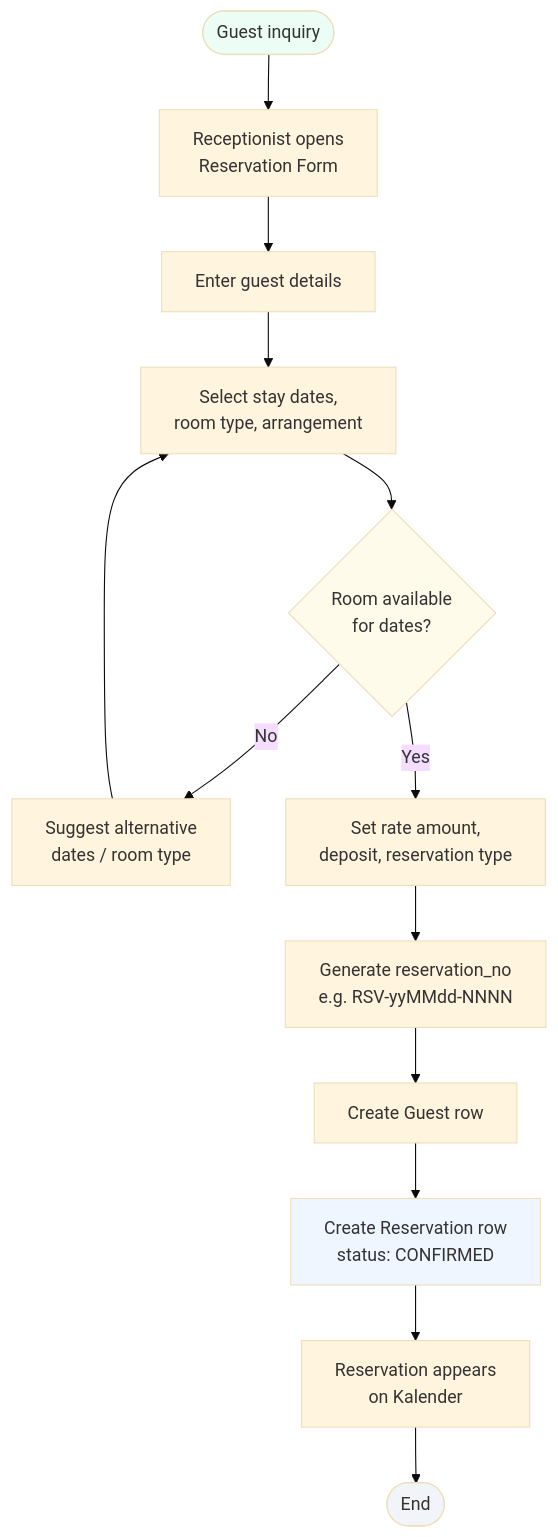
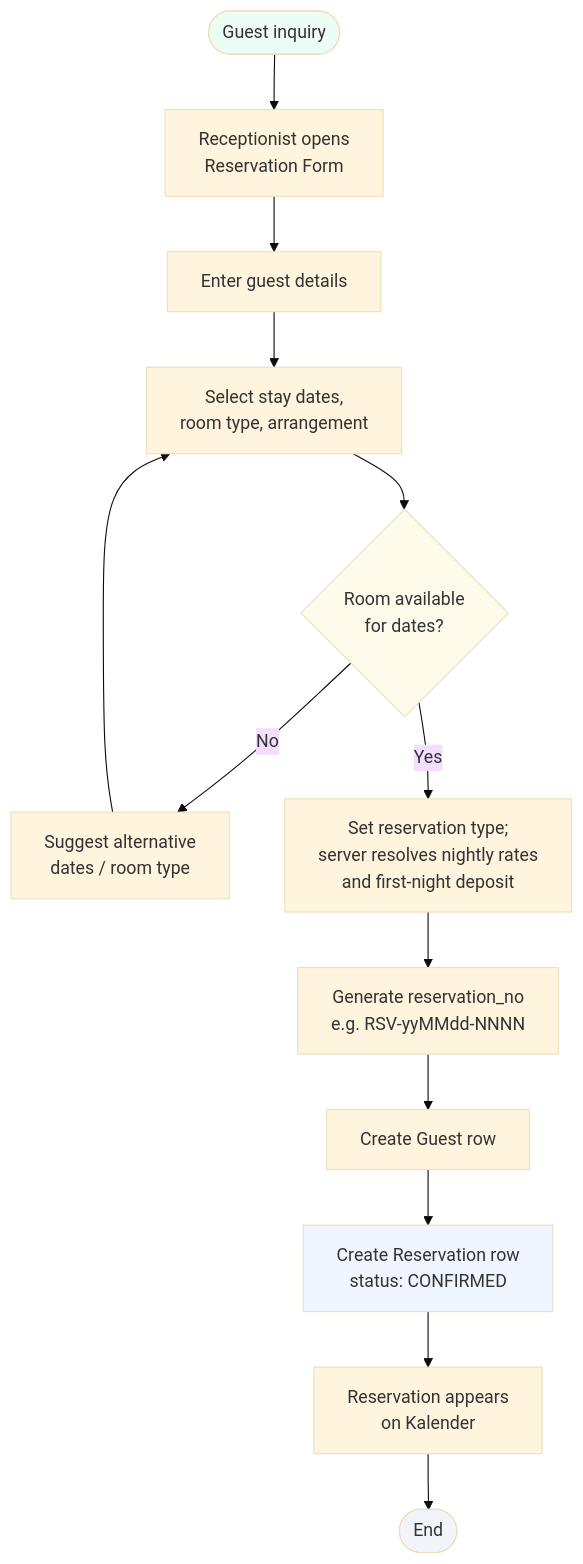
The second of 9 diagrams in docs/business_process_mvp.md (nurmareko/zadd-hotel-pms), drawn with Mermaid (base theme) before and after one commit. The commit also changed other lines of this file and 11 other files, not shown here.

````diff
--- a/docs/business_process_mvp.md
+++ b/docs/business_process_mvp.md
@@ -39,20 +40,20 @@
 ```mermaid
 flowchart TD
     A([Guest inquiry]) --> B[Receptionist opens<br/>Reservation Form]
     B --> C[Enter guest details]
     C --> D[Select stay dates,<br/>room type, arrangement]
     D --> E{Room available<br/>for dates?}
     E -->|No| F[Suggest alternative<br/>dates / room type]
     F --> D
-    E -->|Yes| G[Set rate amount,<br/>deposit, reservation type]
+    E -->|Yes| G[Set reservation type;<br/>server resolves nightly rates<br/>and first-night deposit]
     G --> H[Generate reservation_no<br/>e.g. RSV-yyMMdd-NNNN]
     H --> I[Create Guest row]
     I --> J[Create Reservation row<br/>status: CONFIRMED]
     J --> K[Reservation appears<br/>on Kalender]
     K --> L([End])
 
     style A fill:#ecfdf5
     style E fill:#fffbeb
     style J fill:#eff6ff
     style L fill:#f1f5f9
 ```
````
